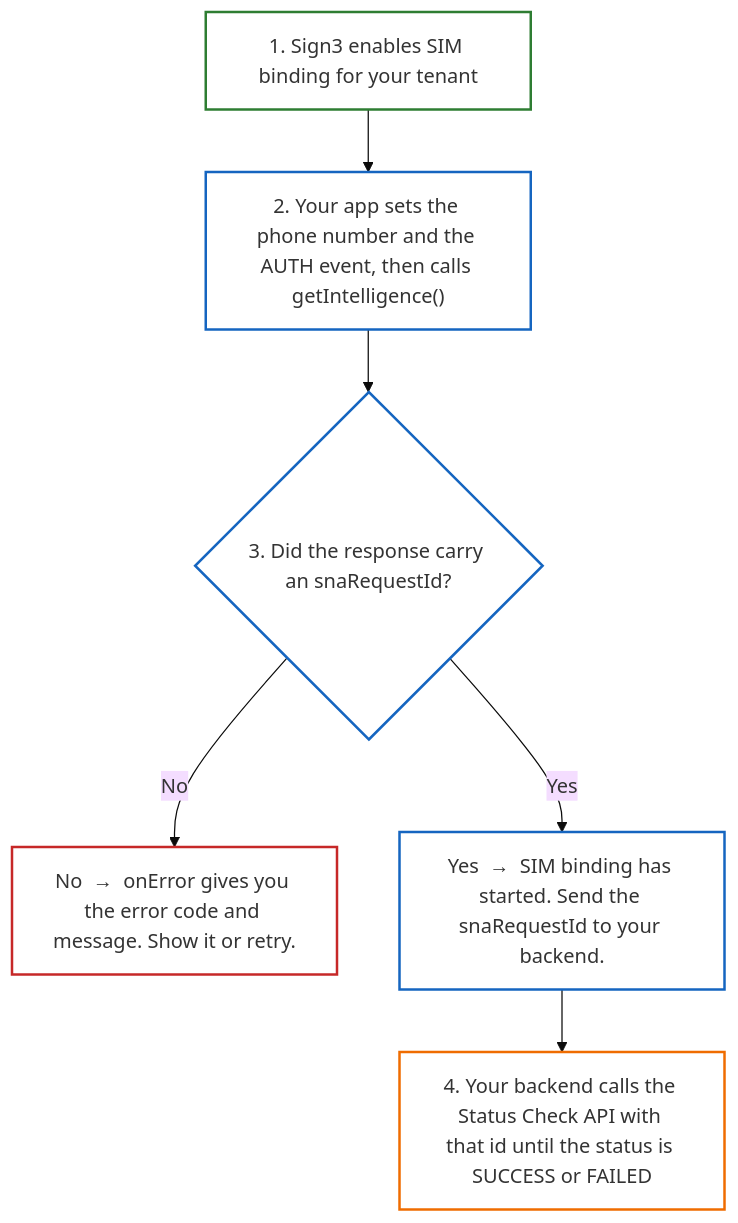
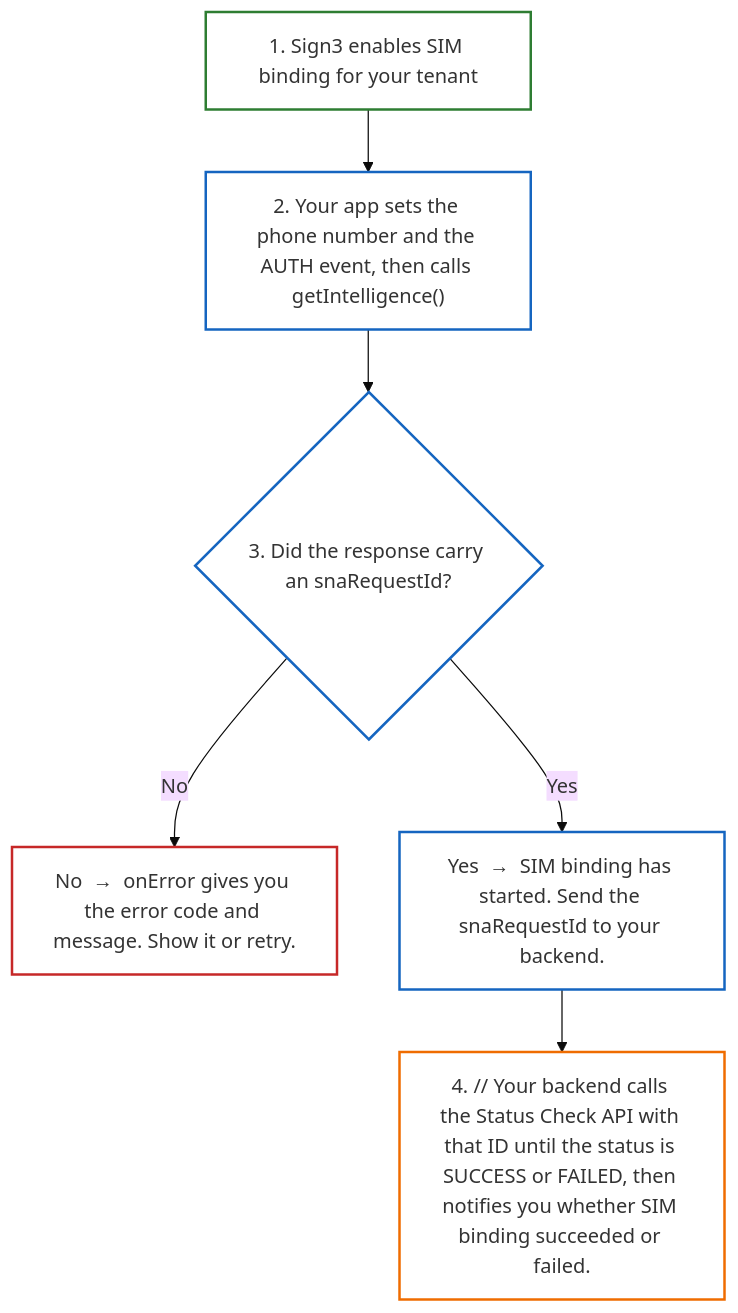
The diagram in README.md (Sign3labs/simbinding-integration-guide), drawn with Mermaid (base theme) before and after one commit. The commit also changed other lines of this file, not shown here.

````diff
--- a/README.md
+++ b/README.md
@@ -690,20 +689,20 @@
 ```mermaid
 flowchart TD
     A["1. Sign3 enables SIM binding for your tenant"]
     B["2. Your app sets the phone number and the AUTH event, then calls getIntelligence()"]
     C{"3. Did the response carry an snaRequestId?"}
     NO["No &nbsp;→&nbsp; onError gives you the error code and message. Show it or retry."]
     YES["Yes &nbsp;→&nbsp; SIM binding has started. Send the snaRequestId to your backend."]
-    D["4. Your backend calls the Status Check API with that id until the status is SUCCESS or FAILED"]
+    D["4. // Your backend calls the Status Check API with that ID until the status is SUCCESS or FAILED, then notifies you whether SIM binding succeeded or failed."]
 
     A --> B --> C
     C -- No --> NO
     C -- Yes --> YES --> D
 
     style A fill:none,stroke:#2e7d32,stroke-width:2px
     style B fill:none,stroke:#1565c0,stroke-width:2px
     style C fill:none,stroke:#1565c0,stroke-width:2px
     style NO fill:none,stroke:#c62828,stroke-width:2px
     style YES fill:none,stroke:#1565c0,stroke-width:2px
     style D fill:none,stroke:#ef6c00,stroke-width:2px
 ```
````
